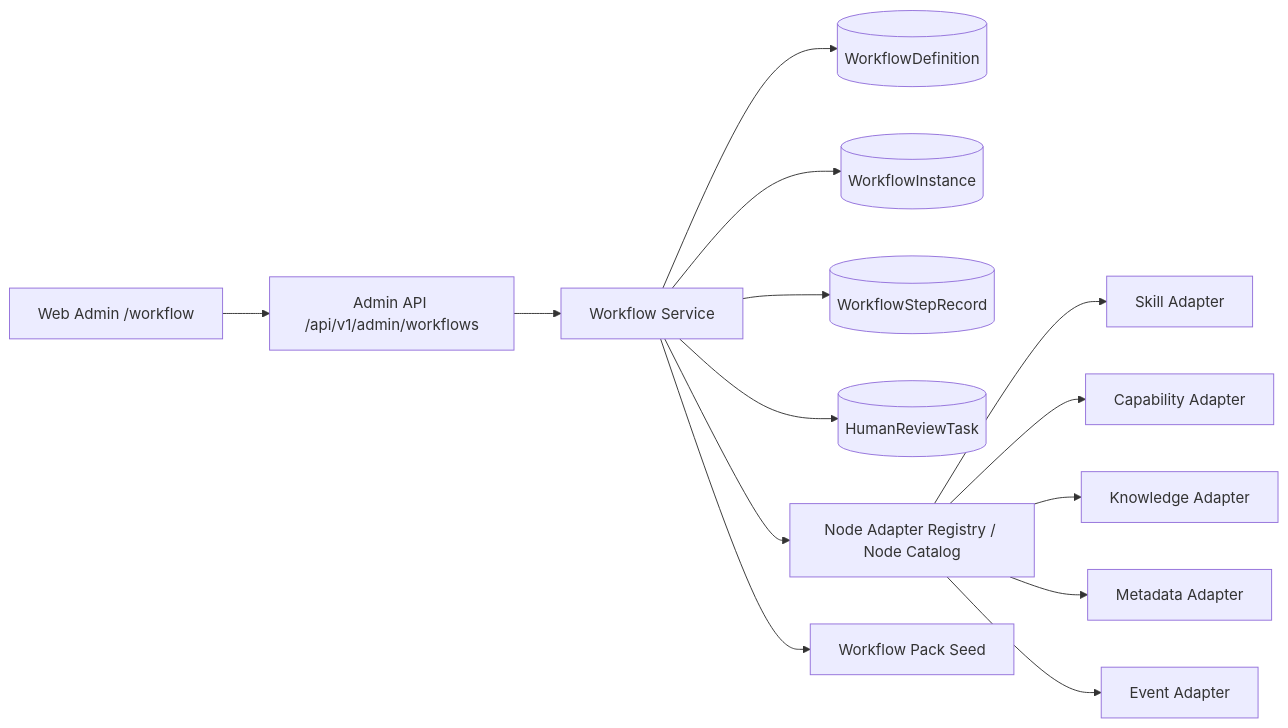
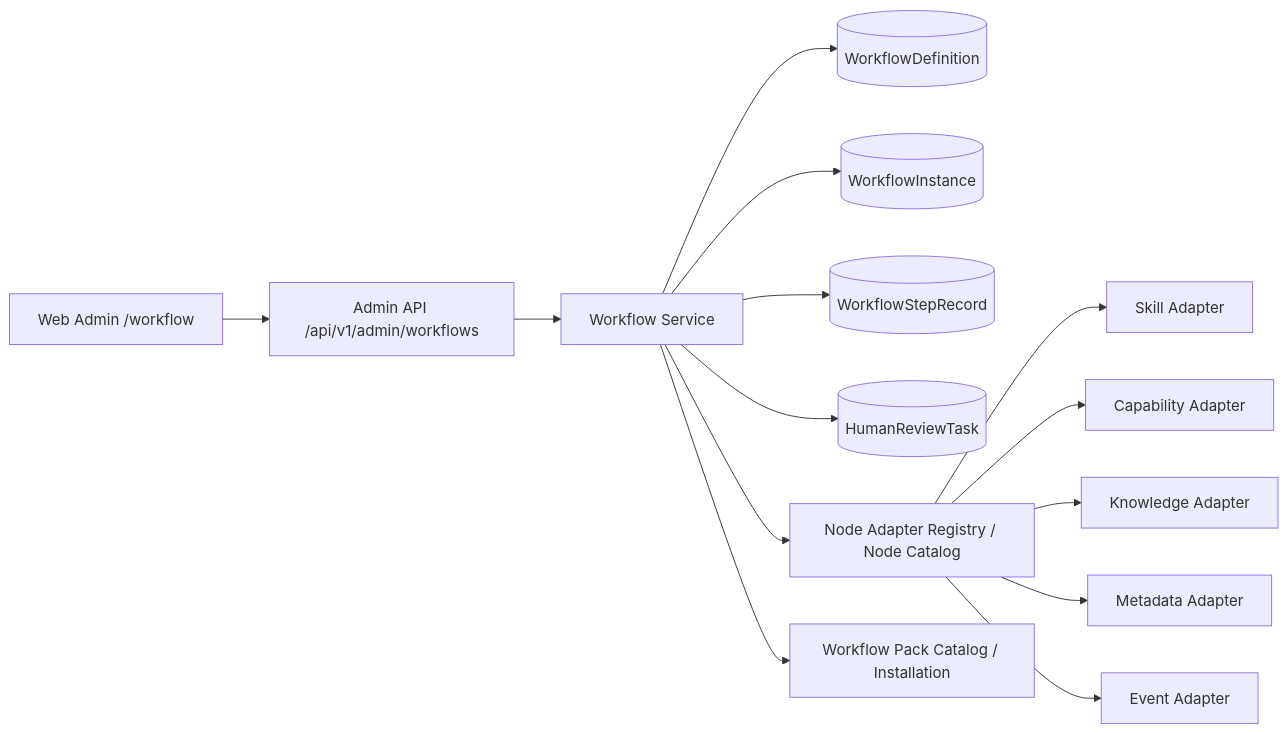
The first of 3 diagrams in docs/guides/features/workflow/guide.md (ArtisanCloud/PowerX), drawn with Mermaid before and after one commit. The commit also changed other lines of this file and 47 other files, not shown here.

````diff
--- a/docs/guides/features/workflow/guide.md
+++ b/docs/guides/features/workflow/guide.md
@@ -52,16 +52,16 @@
 ```mermaid
 flowchart LR
   Admin[Web Admin /workflow] --> API[Admin API /api/v1/admin/workflows]
   API --> WorkflowSvc[Workflow Service]
   WorkflowSvc --> DefRepo[(WorkflowDefinition)]
   WorkflowSvc --> InstRepo[(WorkflowInstance)]
   WorkflowSvc --> StepRepo[(WorkflowStepRecord)]
   WorkflowSvc --> ReviewRepo[(HumanReviewTask)]
   WorkflowSvc --> Catalog[Node Adapter Registry / Node Catalog]
-  WorkflowSvc --> Packs[Workflow Pack Seed]
+  WorkflowSvc --> Packs[Workflow Pack Catalog / Installation]
   Catalog --> Skill[Skill Adapter]
   Catalog --> Capability[Capability Adapter]
   Catalog --> Knowledge[Knowledge Adapter]
   Catalog --> Metadata[Metadata Adapter]
   Catalog --> EventBus[Event Adapter]
 ```
````
